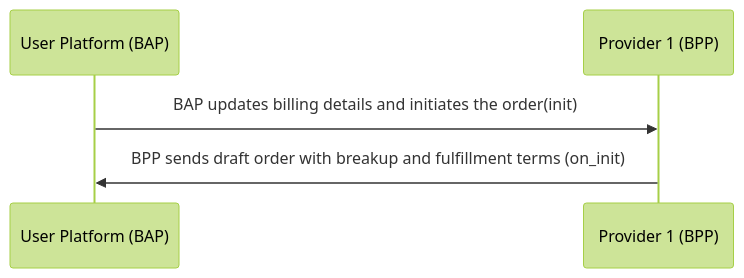
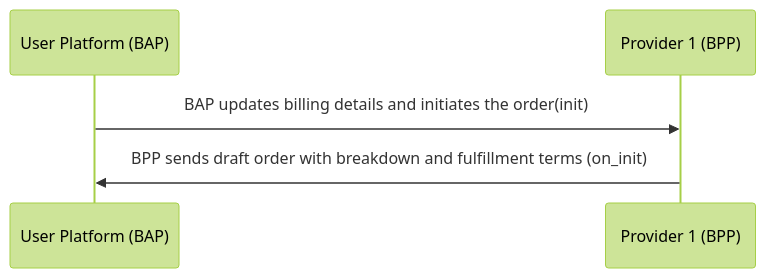
One commit to Sudheesh2609/DENT-Protocol changed the sixth of 8 diagrams in docs/implementation-guides/EV_Charging/Generic-EV_Charging-Worlflow.md. Above: the diagram before and after it, drawn with Mermaid (forest theme). The commit also changed other lines of this file, not shown here.

````diff
--- a/docs/implementation-guides/EV_Charging/Generic-EV_Charging-Worlflow.md
+++ b/docs/implementation-guides/EV_Charging/Generic-EV_Charging-Worlflow.md
@@ -164,5 +164,5 @@
 ```mermaid
     sequenceDiagram
     User Platform (BAP)->> Provider 1 (BPP): BAP updates billing details and initiates the order(init)
-    Provider 1 (BPP)->>User Platform (BAP): BPP sends draft order with breakup and fulfillment terms (on_init)
+    Provider 1 (BPP)->>User Platform (BAP): BPP sends draft order with breakdown and fulfillment terms (on_init)
 ```
````
